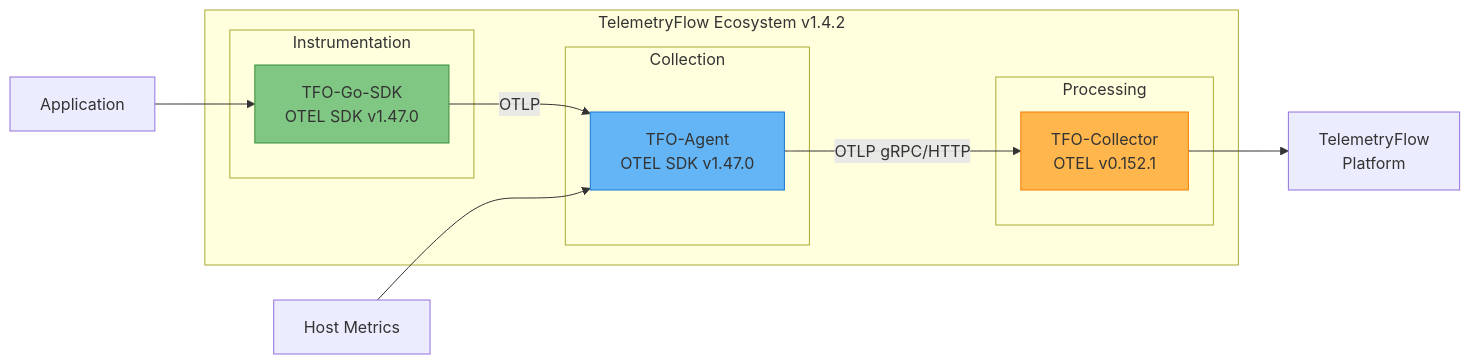
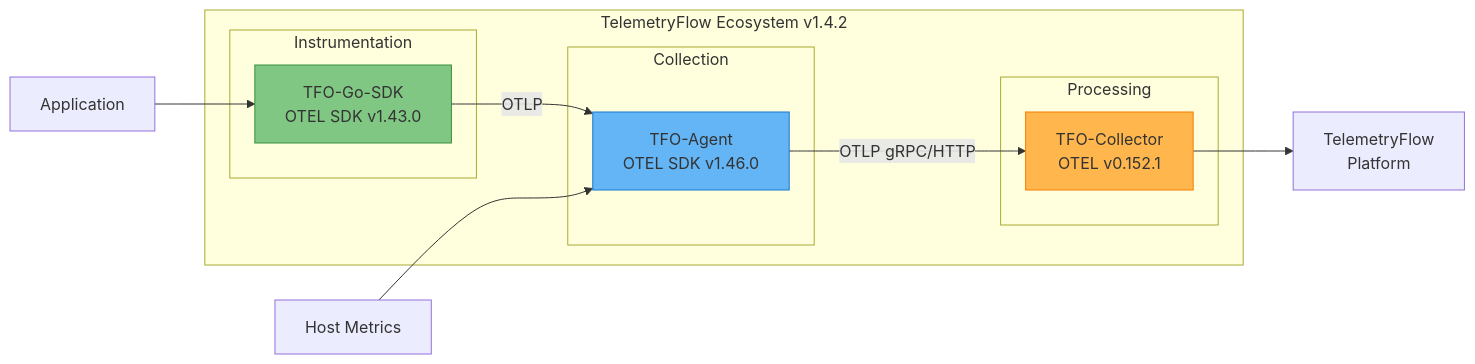
One commit to telemetryflow/telemetryflow-agent changed the diagram in README.md. Above: the diagram before and after it, drawn with Mermaid. The commit also changed other lines of this file and 12 other files, not shown here.

First line of the commit message:
fix(deps): align OTEL SDK modules at v1.46.0 and correct version references

````diff
--- a/README.md
+++ b/README.md
@@ -34,26 +34,26 @@
 ```mermaid
 graph LR
     subgraph "TelemetryFlow Ecosystem v1.4.2"
         subgraph "Instrumentation"
-            SDK[TFO-Go-SDK<br/>OTEL SDK v1.47.0]
+            SDK[TFO-Go-SDK<br/>OTEL SDK v1.43.0]
         end
 
         subgraph "Collection"
-            AGENT[TFO-Agent<br/>OTEL SDK v1.47.0]
+            AGENT[TFO-Agent<br/>OTEL SDK v1.46.0]
         end
 
         subgraph "Processing"
             COLLECTOR[TFO-Collector<br/>OTEL v0.152.1]
         end
     end
 
     APP[Application] --> SDK
     SDK -->|OTLP| AGENT
     HOST[Host Metrics] --> AGENT
     AGENT -->|OTLP gRPC/HTTP| COLLECTOR
     COLLECTOR --> BACKEND[TelemetryFlow<br/>Platform]
 
     style SDK fill:#81C784,stroke:#388E3C
     style AGENT fill:#64B5F6,stroke:#1976D2
     style COLLECTOR fill:#FFB74D,stroke:#F57C00
 ```
````
